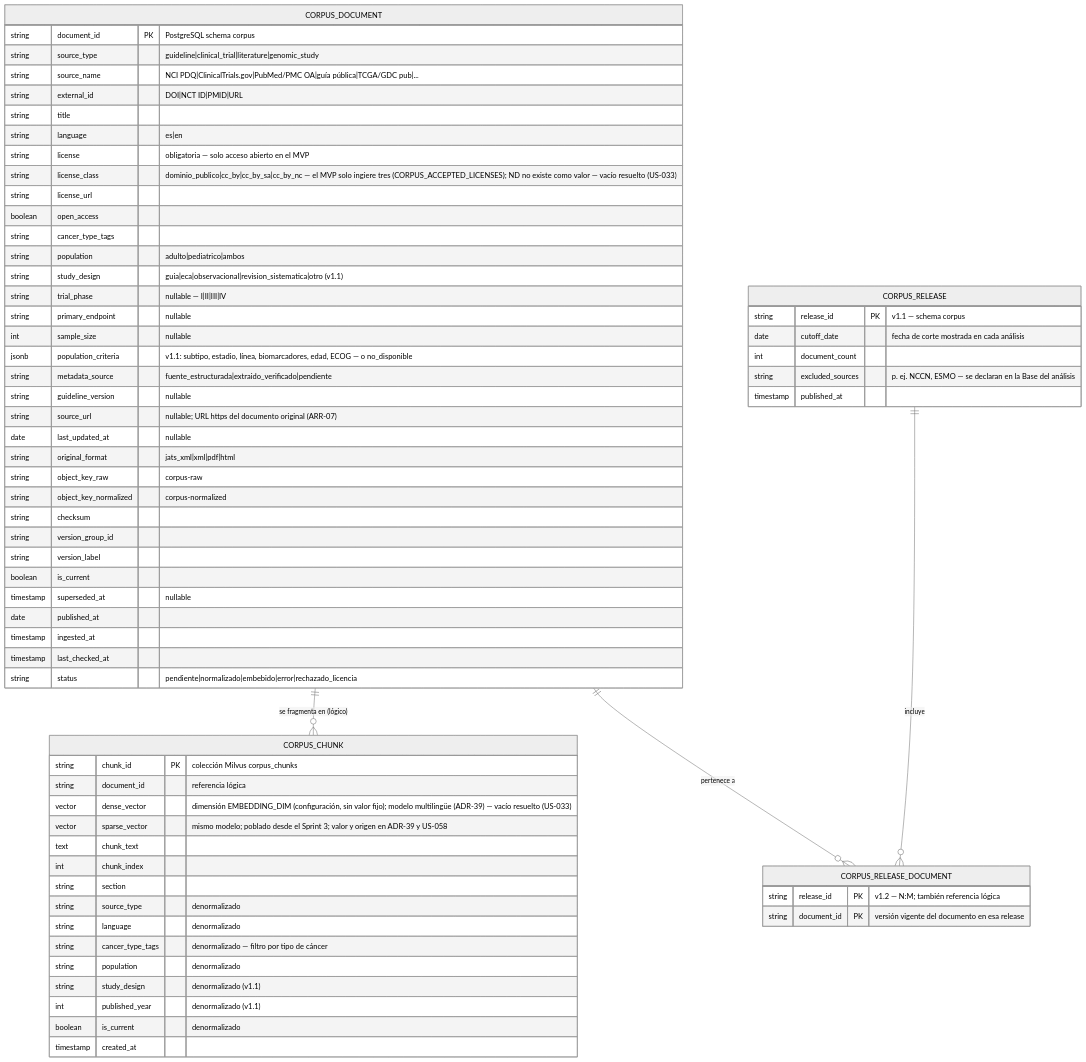
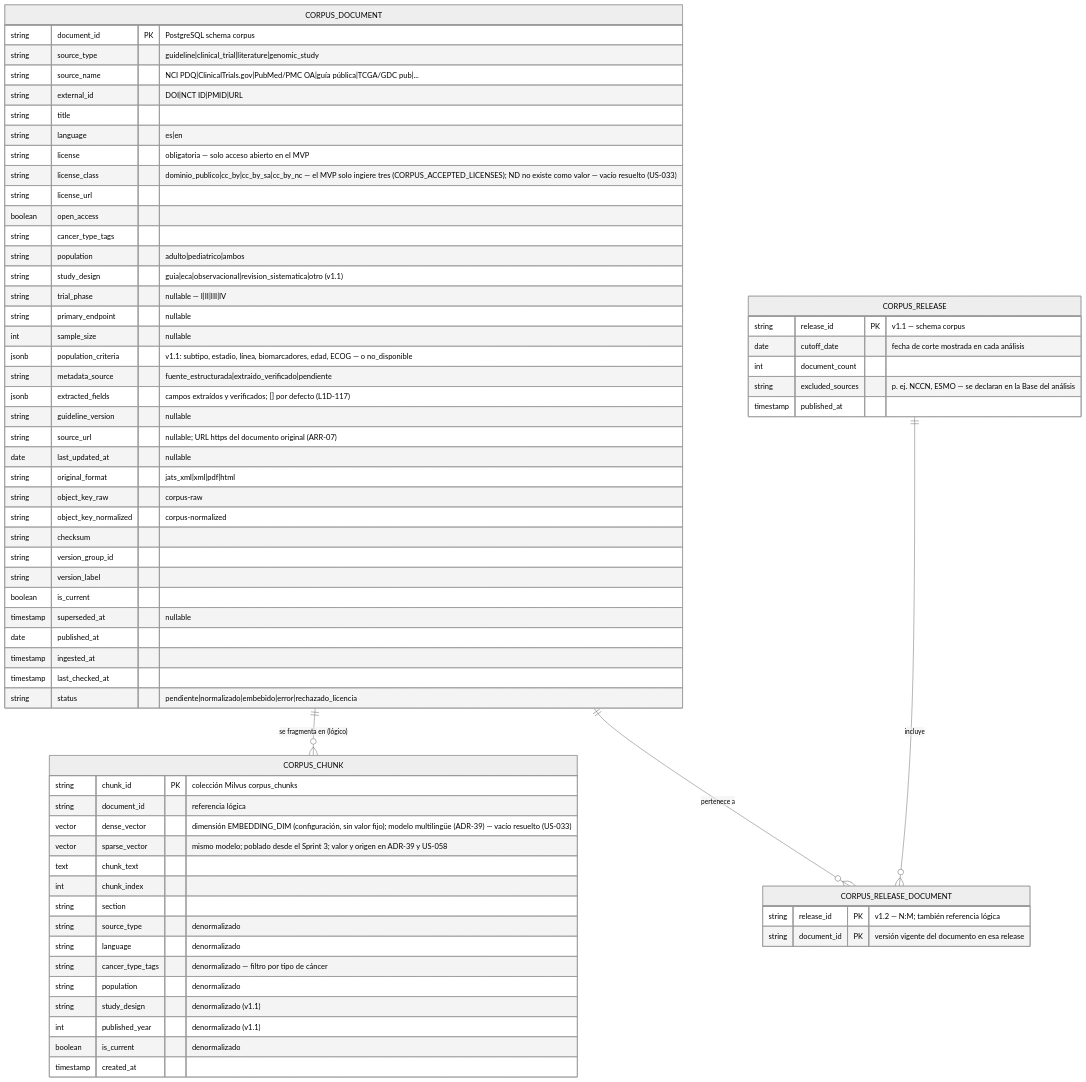
One commit to hatrickmario/OncoLens-Lab changed the second of 2 diagrams in docs/architecture/data-model.md. Above: the diagram before and after it, drawn with Mermaid (neutral theme). The commit also changed other lines of this file and 1 other file, not shown here.

Commit message:
chore(L1D-117): documenta las claves CORPUS_METADATA_* y la columna extracted_fields

````diff
--- a/docs/architecture/data-model.md
+++ b/docs/architecture/data-model.md
@@ -476,69 +476,70 @@
 ```mermaid
 erDiagram
     CORPUS_DOCUMENT {
         string document_id PK "PostgreSQL schema corpus"
         string source_type "guideline|clinical_trial|literature|genomic_study"
         string source_name "NCI PDQ|ClinicalTrials.gov|PubMed/PMC OA|guía pública|TCGA/GDC pub|..."
         string external_id "DOI|NCT ID|PMID|URL"
         string title
         string language "es|en"
         string license "obligatoria — solo acceso abierto en el MVP"
         string license_class "dominio_publico|cc_by|cc_by_sa|cc_by_nc — el MVP solo ingiere tres (CORPUS_ACCEPTED_LICENSES); ND no existe como valor — vacío resuelto (US-033)"
         string license_url
         boolean open_access
         string cancer_type_tags
         string population "adulto|pediatrico|ambos"
         string study_design "guia|eca|observacional|revision_sistematica|otro (v1.1)"
         string trial_phase "nullable — I|II|III|IV"
         string primary_endpoint "nullable"
         int sample_size "nullable"
         jsonb population_criteria "v1.1: subtipo, estadio, línea, biomarcadores, edad, ECOG — o no_disponible"
         string metadata_source "fuente_estructurada|extraido_verificado|pendiente"
+        jsonb extracted_fields "campos extraídos y verificados; [] por defecto (L1D-117)"
         string guideline_version "nullable"
         string source_url "nullable; URL https del documento original (ARR-07)"
         date last_updated_at "nullable"
         string original_format "jats_xml|xml|pdf|html"
         string object_key_raw "corpus-raw"
         string object_key_normalized "corpus-normalized"
         string checksum
         string version_group_id
         string version_label
         boolean is_current
         timestamp superseded_at "nullable"
         date published_at
         timestamp ingested_at
         timestamp last_checked_at
         string status "pendiente|normalizado|embebido|error|rechazado_licencia"
     }
     CORPUS_CHUNK {
         string chunk_id PK "colección Milvus corpus_chunks"
         string document_id "referencia lógica"
         vector dense_vector "dimensión EMBEDDING_DIM (configuración, sin valor fijo); modelo multilingüe (ADR-39) — vacío resuelto (US-033)"
         vector sparse_vector "mismo modelo; poblado desde el Sprint 3; valor y origen en ADR-39 y US-058"
         text chunk_text
         int chunk_index
         string section
         string source_type "denormalizado"
         string language "denormalizado"
         string cancer_type_tags "denormalizado — filtro por tipo de cáncer"
         string population "denormalizado"
         string study_design "denormalizado (v1.1)"
         int published_year "denormalizado (v1.1)"
         boolean is_current "denormalizado"
         timestamp created_at
     }
     CORPUS_RELEASE {
         string release_id PK "v1.1 — schema corpus"
         date cutoff_date "fecha de corte mostrada en cada análisis"
         int document_count
         string excluded_sources "p. ej. NCCN, ESMO — se declaran en la Base del análisis"
         timestamp published_at
     }
     CORPUS_RELEASE_DOCUMENT {
         string release_id PK "v1.2 — N:M; también referencia lógica"
         string document_id PK "versión vigente del documento en esa release"
     }
     CORPUS_DOCUMENT ||--o{ CORPUS_CHUNK : "se fragmenta en (lógico)"
     CORPUS_RELEASE ||--o{ CORPUS_RELEASE_DOCUMENT : incluye
     CORPUS_DOCUMENT ||--o{ CORPUS_RELEASE_DOCUMENT : "pertenece a"
 ```
````
